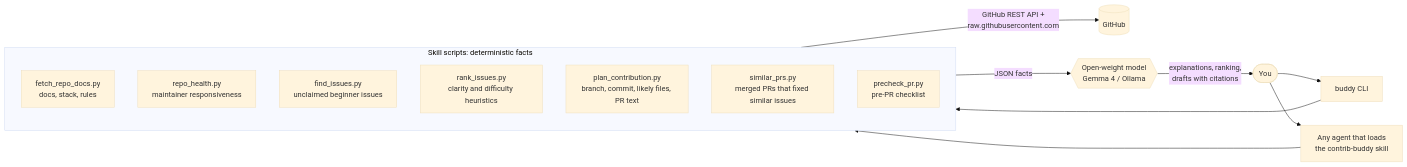
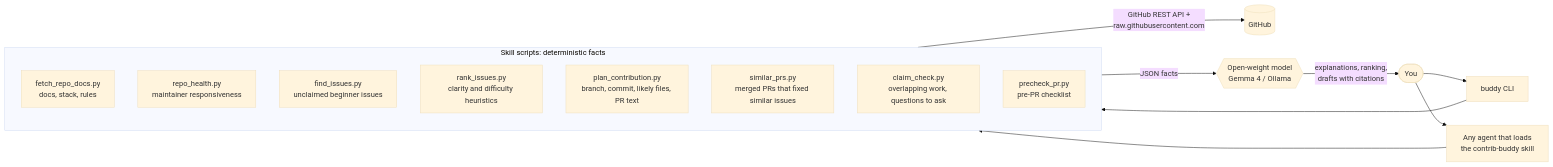
The diagram in README.md (Saisumanthv/Contrib-Bud), drawn with Mermaid (base theme) before and after one commit. The commit also changed other lines of this file and 19 other files, not shown here.

````diff
--- a/README.md
+++ b/README.md
@@ -34,19 +34,20 @@
 ```mermaid
 flowchart LR
     U([You]) --> CLI[buddy CLI]
     U --> AG[Any agent that loads<br/>the contrib-buddy skill]
     CLI --> S
     AG --> S
     subgraph S[Skill scripts: deterministic facts]
       F1[fetch_repo_docs.py<br/>docs, stack, rules]
       F6[repo_health.py<br/>maintainer responsiveness]
       F2[find_issues.py<br/>unclaimed beginner issues]
       F3[rank_issues.py<br/>clarity and difficulty heuristics]
       F4[plan_contribution.py<br/>branch, commit, likely files, PR text]
       F7[similar_prs.py<br/>merged PRs that fixed similar issues]
+      F8[claim_check.py<br/>overlapping work, questions to ask]
       F5[precheck_pr.py<br/>pre-PR checklist]
     end
     S -->|GitHub REST API +<br/>raw.githubusercontent.com| GH[(GitHub)]
     S -->|JSON facts| M{{Open-weight model<br/>Gemma 4 / Ollama}}
     M -->|explanations, ranking,<br/>drafts with citations| U
 ```
````
